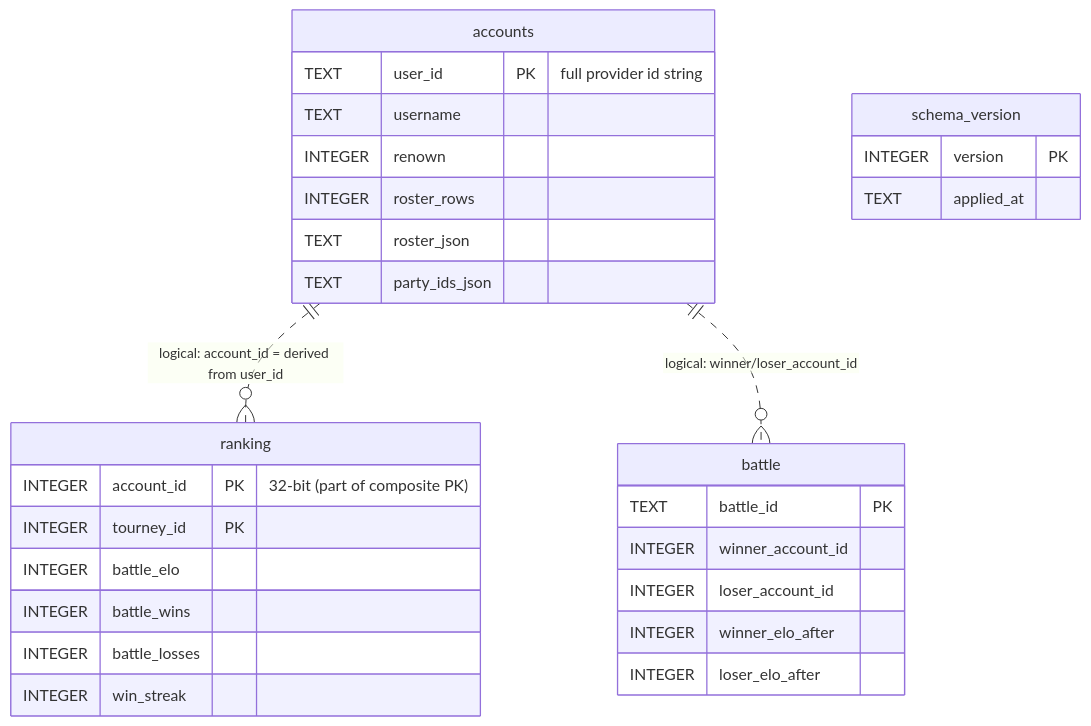
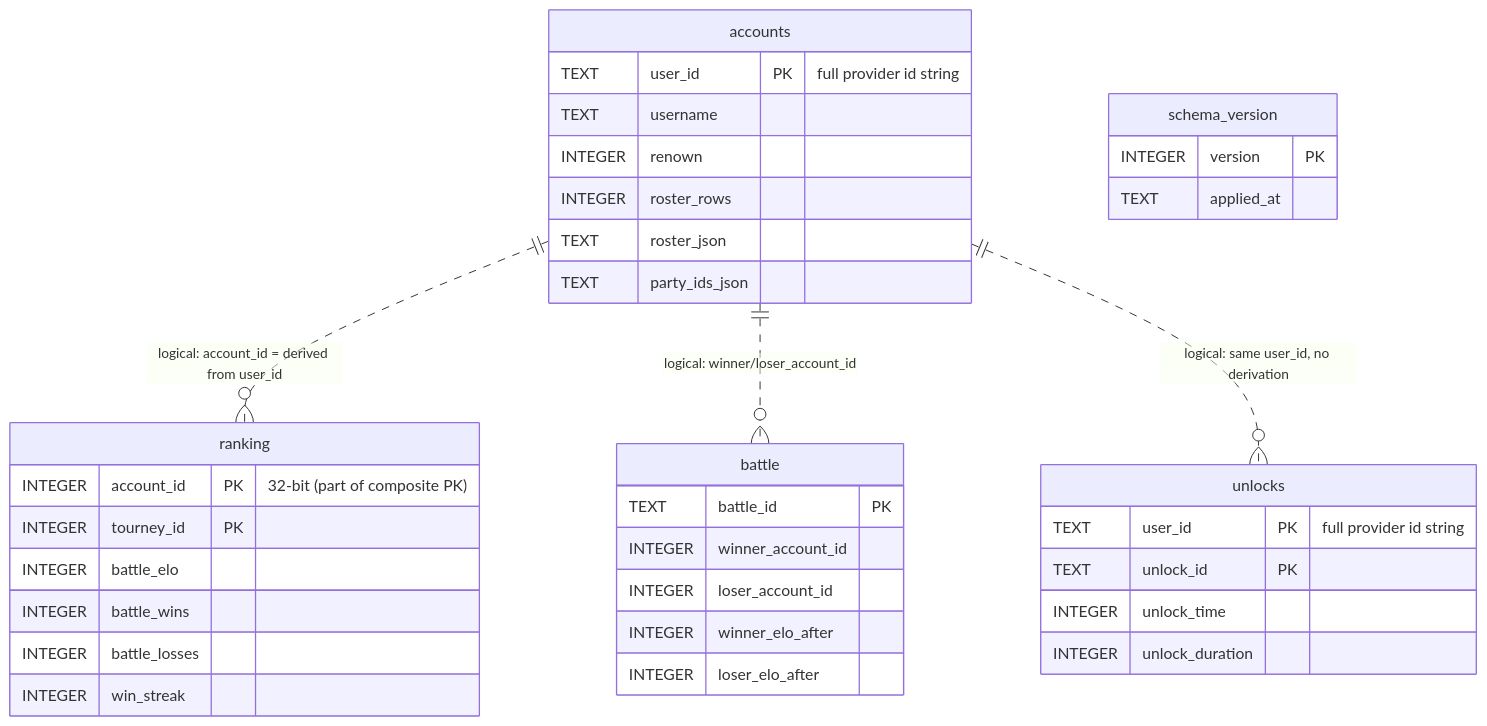
The diagram in bsf-server/docs/database-schema.md (Banner-Saga-Factions/BSF-Custom-Server), drawn with Mermaid before and after one commit. The commit also changed other lines of this file and 25 other files, not shown here.

````diff
--- a/bsf-server/docs/database-schema.md
+++ b/bsf-server/docs/database-schema.md
@@ -11,32 +11,39 @@
 ```mermaid
 erDiagram
     accounts {
         TEXT    user_id PK "full provider id string"
         TEXT    username
         INTEGER renown
         INTEGER roster_rows
         TEXT    roster_json
         TEXT    party_ids_json
     }
     ranking {
         INTEGER account_id PK "32-bit (part of composite PK)"
         INTEGER tourney_id PK
         INTEGER battle_elo
         INTEGER battle_wins
         INTEGER battle_losses
         INTEGER win_streak
     }
     battle {
         TEXT    battle_id PK
         INTEGER winner_account_id
         INTEGER loser_account_id
         INTEGER winner_elo_after
         INTEGER loser_elo_after
     }
+    unlocks {
+        TEXT    user_id PK "full provider id string"
+        TEXT    unlock_id PK
+        INTEGER unlock_time
+        INTEGER unlock_duration
+    }
     schema_version {
         INTEGER version PK
         TEXT    applied_at
     }
     accounts ||..o{ ranking : "logical: account_id = derived from user_id"
     accounts ||..o{ battle  : "logical: winner/loser_account_id"
+    accounts ||..o{ unlocks : "logical: same user_id, no derivation"
 ```
````
